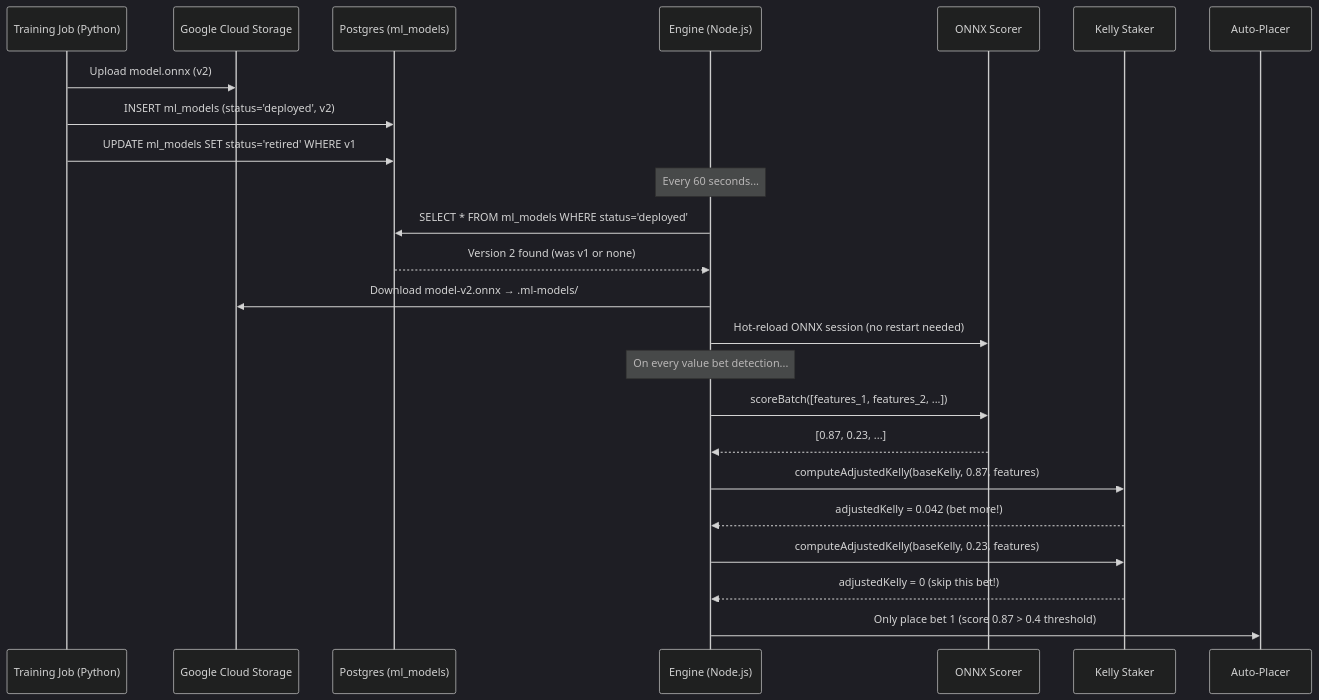
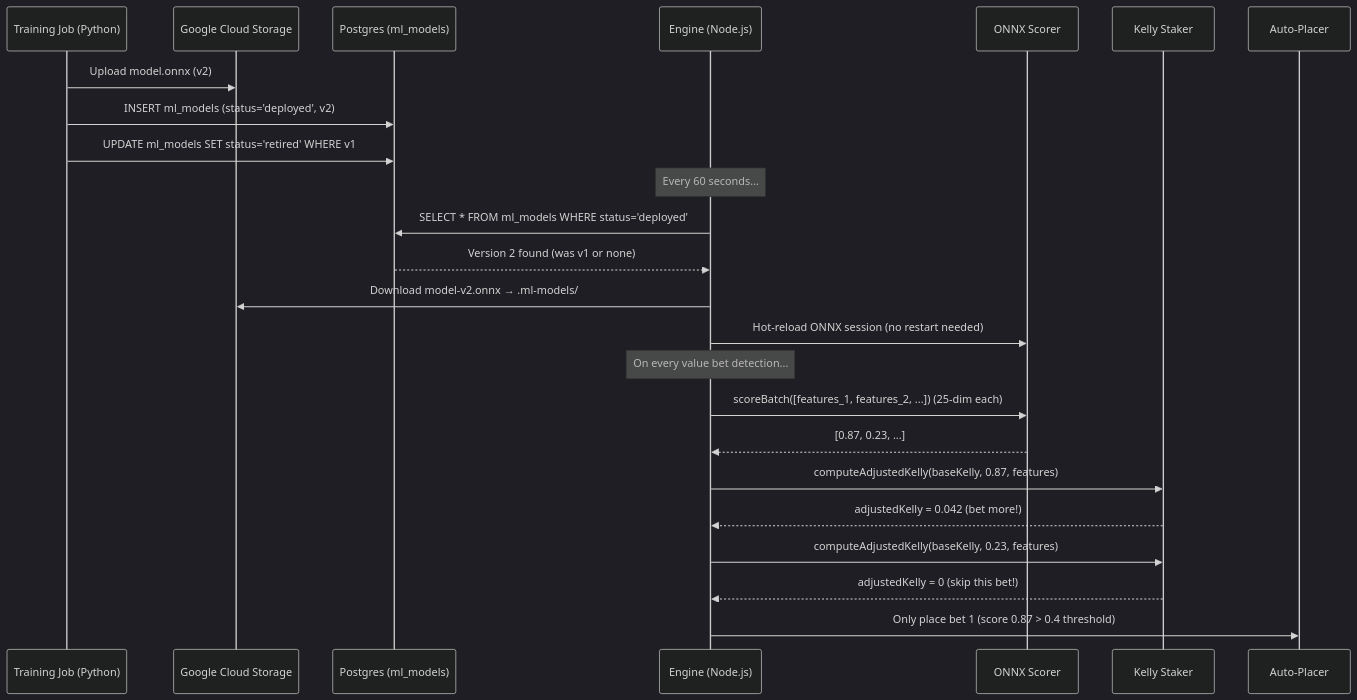
One commit to nahidhasan830/nahidArbX changed the fifth of 8 diagrams in MLOptimisation.md. Above: the diagram before and after it, drawn with Mermaid (dark theme). The commit also changed other lines of this file and 284 other files, not shown here.

````diff
--- a/MLOptimisation.md
+++ b/MLOptimisation.md
@@ -211,29 +223,29 @@
 ```mermaid
 sequenceDiagram
     participant JOB as Training Job (Python)
     participant GCS as Google Cloud Storage
     participant DB as Postgres (ml_models)
     participant ENG as Engine (Node.js)
     participant SCORER as ONNX Scorer
     participant STAKER as Kelly Staker
     participant PLACER as Auto-Placer
 
     JOB->>GCS: Upload model.onnx (v2)
     JOB->>DB: INSERT ml_models (status='deployed', v2)
     JOB->>DB: UPDATE ml_models SET status='retired' WHERE v1
 
     Note over ENG: Every 60 seconds...
     ENG->>DB: SELECT * FROM ml_models WHERE status='deployed'
     DB-->>ENG: Version 2 found (was v1 or none)
     ENG->>GCS: Download model-v2.onnx → .ml-models/
     ENG->>SCORER: Hot-reload ONNX session (no restart needed)
 
     Note over ENG: On every value bet detection...
-    ENG->>SCORER: scoreBatch([features_1, features_2, ...])
+    ENG->>SCORER: scoreBatch([features_1, features_2, ...])  (25-dim each)
     SCORER-->>ENG: [0.87, 0.23, ...]
     ENG->>STAKER: computeAdjustedKelly(baseKelly, 0.87, features)
     STAKER-->>ENG: adjustedKelly = 0.042 (bet more!)
     ENG->>STAKER: computeAdjustedKelly(baseKelly, 0.23, features)
     STAKER-->>ENG: adjustedKelly = 0 (skip this bet!)
     ENG->>PLACER: Only place bet 1 (score 0.87 > 0.4 threshold)
 ```
````
